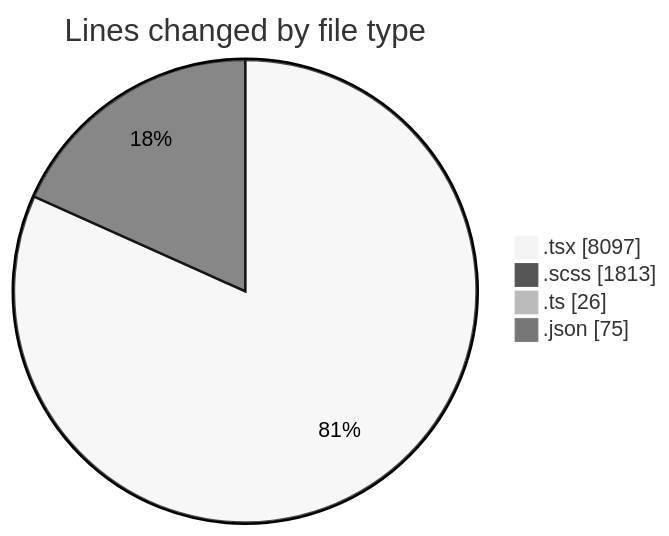
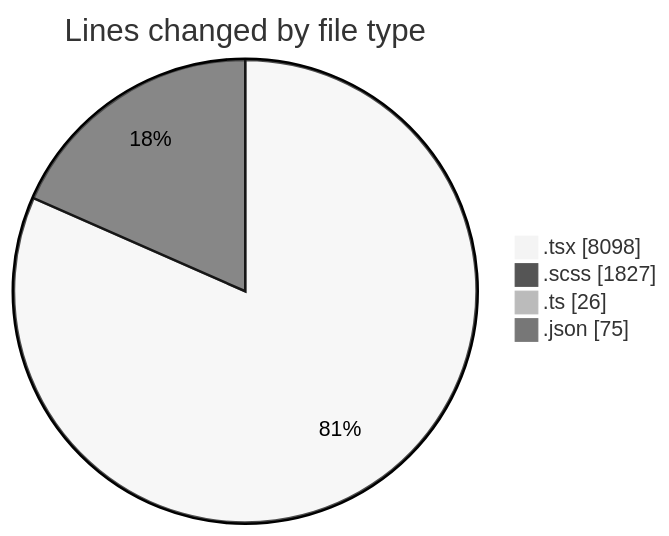
One commit to momahboobian/code-tracking changed the first of 2 diagrams in 2025-04-09/cda/README.md. Above: the diagram before and after it, drawn with Mermaid (neutral theme). The commit also changed other lines of this file and 1 other file, not shown here.

````diff
--- a/2025-04-09/cda/README.md
+++ b/2025-04-09/cda/README.md
@@ -47,8 +47,8 @@
 ```mermaid
 pie showData
 title Lines changed by file type
-".tsx" : 8097
-".scss" : 1813
+".tsx" : 8098
+".scss" : 1827
 ".ts" : 26
 ".json" : 75
 ```
````
